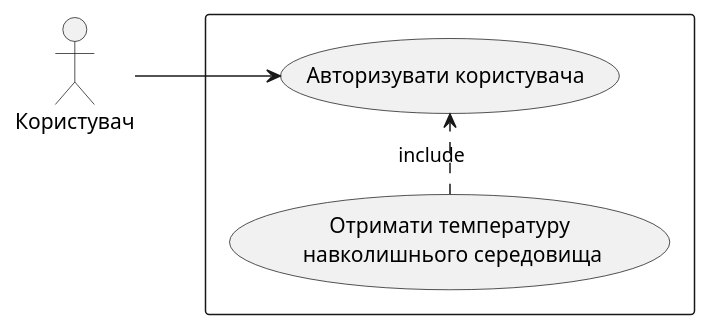
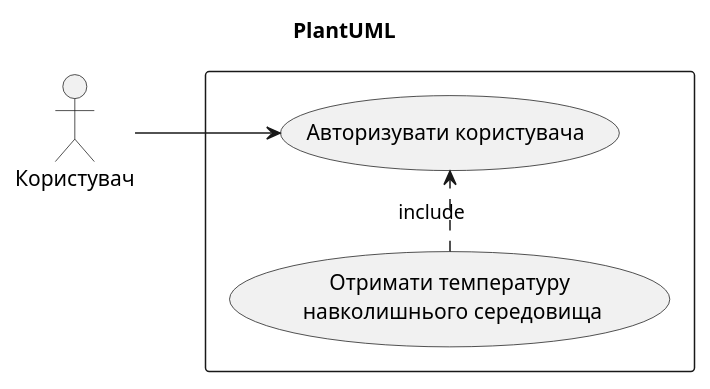
The diagram in 2-SoftwareDesign/2.7-PlantUML/UML- UseCase.puml (oleksandrblazhko/ai204-kuminov), drawn with PlantUML before and after one commit.

Commit message:
Update UML- UseCase.puml

```diff
--- a/2-SoftwareDesign/2.7-PlantUML/UML- UseCase.puml
+++ b/2-SoftwareDesign/2.7-PlantUML/UML- UseCase.puml
@@ -1,9 +1,12 @@
 @startuml
+
+title PlantUML
 left to right direction
 skinparam packageStyle rectangle
 actor Користувач
 rectangle {
 Користувач --> (Авторизувати користувача)
 (Отримати температуру\n навколишнього середовища) .> (Авторизувати користувача) : include
 }
+
 @enduml
```
